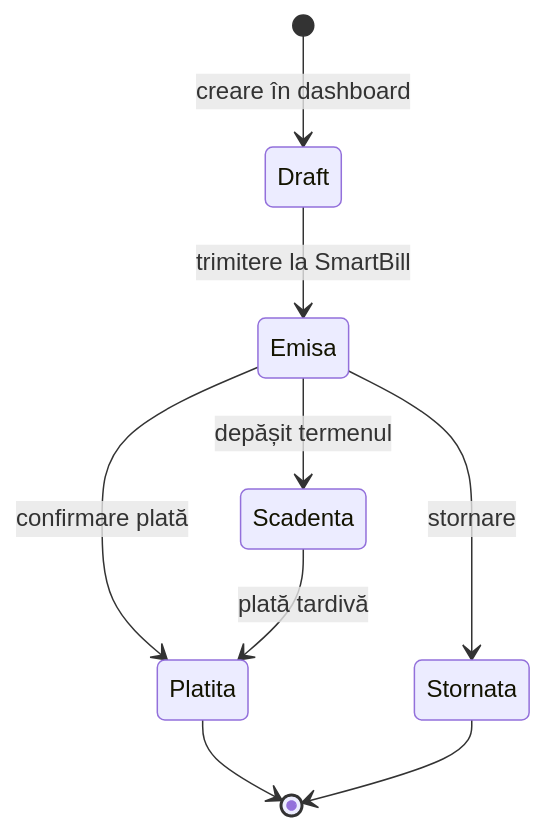
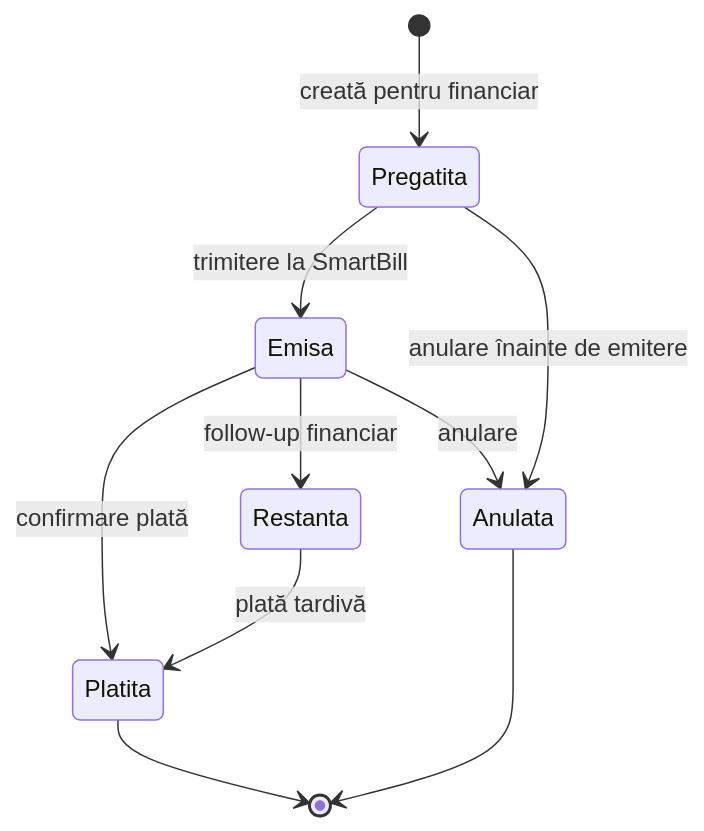
One commit to UBKraust/Oncolink changed the second of 6 diagrams in fluxuri/07_facturare.md. Above: the diagram before and after it, drawn with Mermaid. The commit also changed other lines of this file and 21 other files, not shown here.

````diff
--- a/fluxuri/07_facturare.md
+++ b/fluxuri/07_facturare.md
@@ -62,12 +68,13 @@
 ```mermaid
 stateDiagram-v2
-    [*] --> Draft : creare în dashboard
+    [*] --> Pregatita : creată pentru financiar
 
-    Draft --> Emisa : trimitere la SmartBill
+    Pregatita --> Emisa : trimitere la SmartBill
     Emisa --> Platita : confirmare plată
-    Emisa --> Scadenta : depășit termenul
-    Scadenta --> Platita : plată tardivă
-    Emisa --> Stornata : stornare
+    Emisa --> Restanta : follow-up financiar
+    Restanta --> Platita : plată tardivă
+    Emisa --> Anulata : anulare
+    Pregatita --> Anulata : anulare înainte de emitere
     Platita --> [*]
-    Stornata --> [*]
+    Anulata --> [*]
 ```
````
